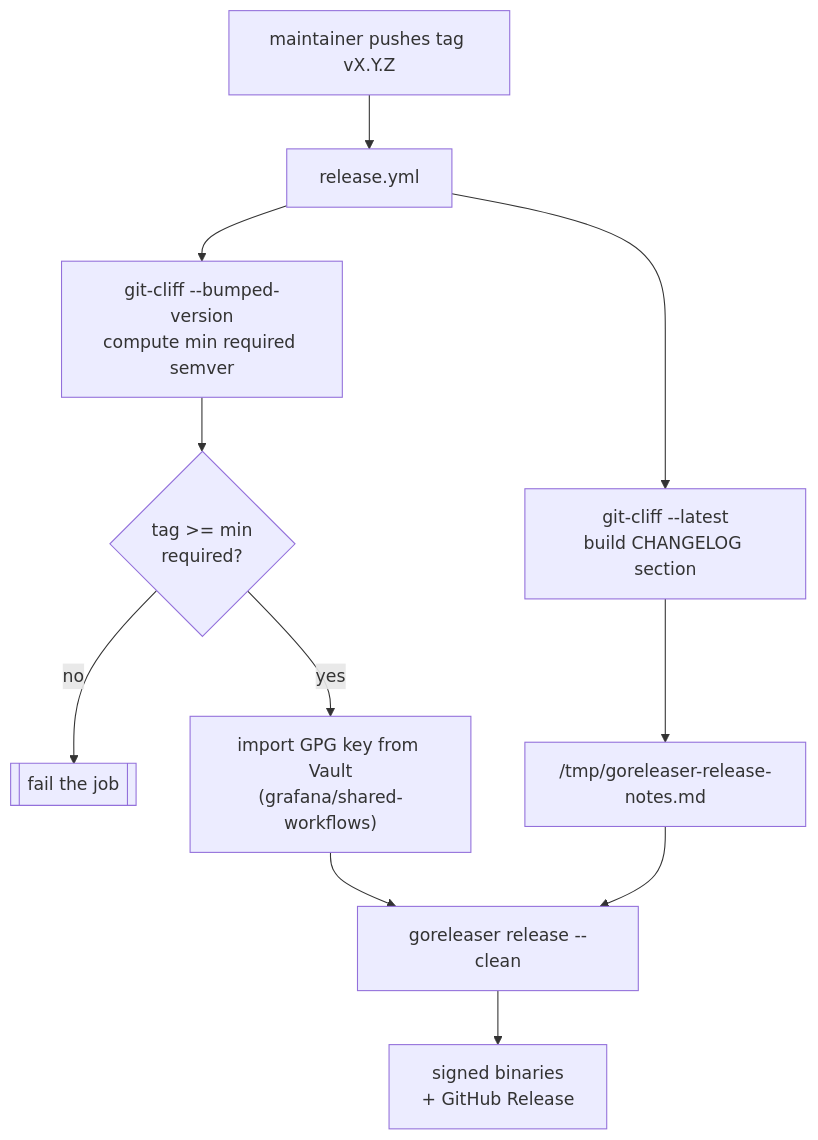
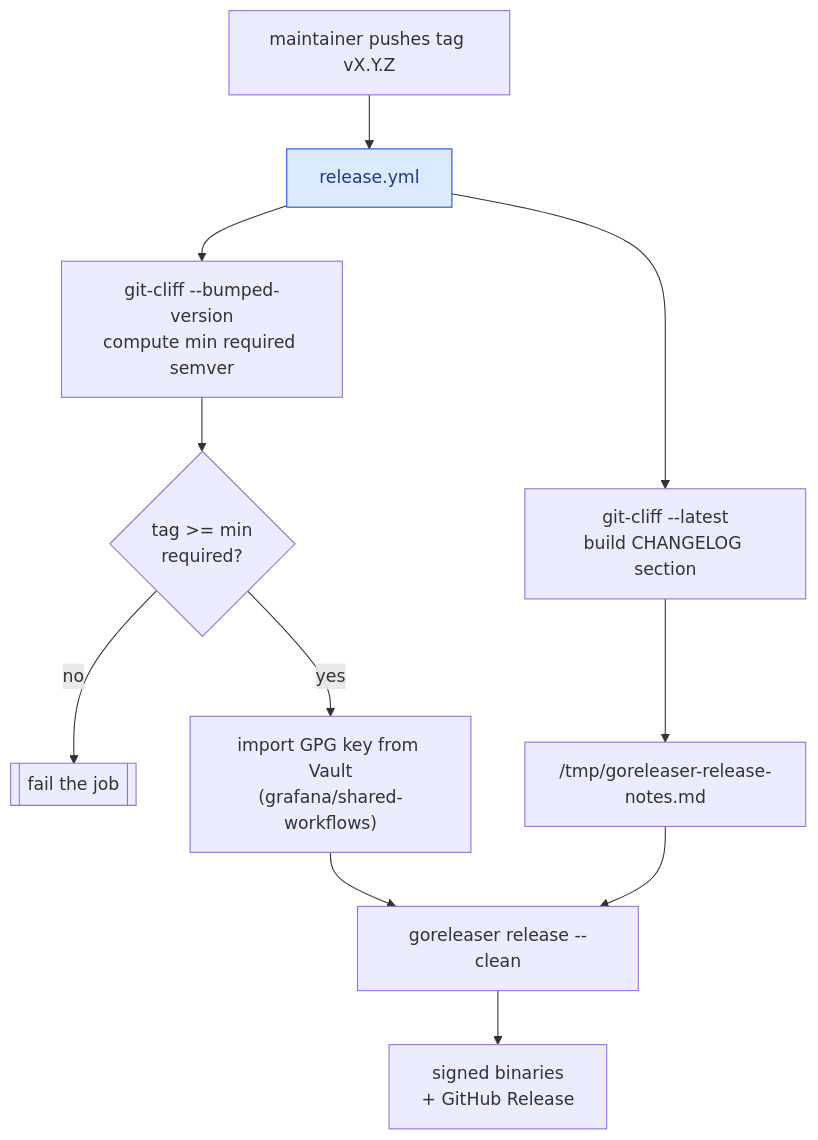
One commit to grafana/terraform-provider-grafana changed the third of 3 diagrams in .github/README.md. Above: the diagram before and after it, drawn with Mermaid. The commit also changed other lines of this file, not shown here.

First line of the commit message:
docs(github): split PR pipeline into its own flow and color workflows

````diff
--- a/.github/README.md
+++ b/.github/README.md
@@ -146,15 +163,18 @@
 ```mermaid
 flowchart TD
     tag["maintainer pushes tag vX.Y.Z"]
     tag --> rel[release.yml]
 
     rel --> cliff1["git-cliff --latest<br/>build CHANGELOG section"]
     rel --> cliff2["git-cliff --bumped-version<br/>compute min required semver"]
     cliff2 --> gate{"tag &gt;= min<br/>required?"}
     gate -- no --> fail[[fail the job]]
     gate -- yes --> gpg["import GPG key from Vault<br/>(grafana/shared-workflows)"]
     cliff1 --> notes["/tmp/goreleaser-release-notes.md"]
     gpg --> gor[goreleaser release --clean]
     notes --> gor
     gor --> artifacts["signed binaries<br/>+ GitHub Release"]
+
+    classDef workflow fill:#dbeafe,stroke:#1d4ed8,color:#1e3a8a;
+    class rel workflow;
 ```
````
